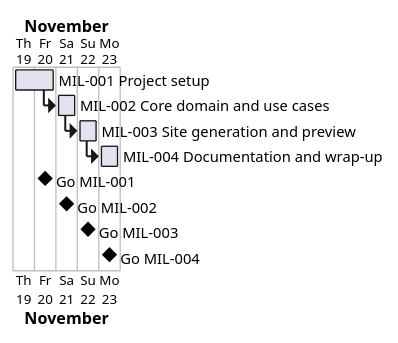
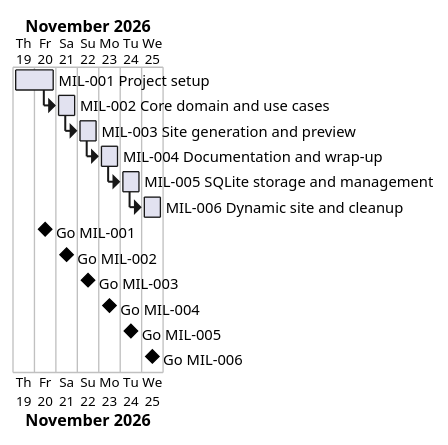
The diagram in docs/project-plan.md (Tirsvad-Udemy-100-days-of-code/083-assignment-website-portfolio), drawn with PlantUML before and after one commit. The commit also changed other lines of this file and 15 other files, not shown here.

First line of the commit message:
Plan the SQLite storage and the dynamic site (MIL-005, MIL-006, ADR-0002)

````diff
--- a/docs/project-plan.md
+++ b/docs/project-plan.md
@@ -45,16 +47,22 @@
 ```plantuml
 @startgantt
 Project starts 2026-11-19
 [MIL-001 Project setup] starts 2026-11-19 and ends 2026-11-20
 [MIL-002 Core domain and use cases] starts 2026-11-21 and ends 2026-11-21
 [MIL-003 Site generation and preview] starts 2026-11-22 and ends 2026-11-22
 [MIL-004 Documentation and wrap-up] starts 2026-11-23 and ends 2026-11-23
+[MIL-005 SQLite storage and management] starts 2026-11-24 and ends 2026-11-24
+[MIL-006 Dynamic site and cleanup] starts 2026-11-25 and ends 2026-11-25
 [Go MIL-001] happens 2026-11-20
 [Go MIL-002] happens 2026-11-21
 [Go MIL-003] happens 2026-11-22
 [Go MIL-004] happens 2026-11-23
+[Go MIL-005] happens 2026-11-24
+[Go MIL-006] happens 2026-11-25
 [MIL-001 Project setup] -> [MIL-002 Core domain and use cases]
 [MIL-002 Core domain and use cases] -> [MIL-003 Site generation and preview]
 [MIL-003 Site generation and preview] -> [MIL-004 Documentation and wrap-up]
+[MIL-004 Documentation and wrap-up] -> [MIL-005 SQLite storage and management]
+[MIL-005 SQLite storage and management] -> [MIL-006 Dynamic site and cleanup]
 @endgantt
 ```
````
